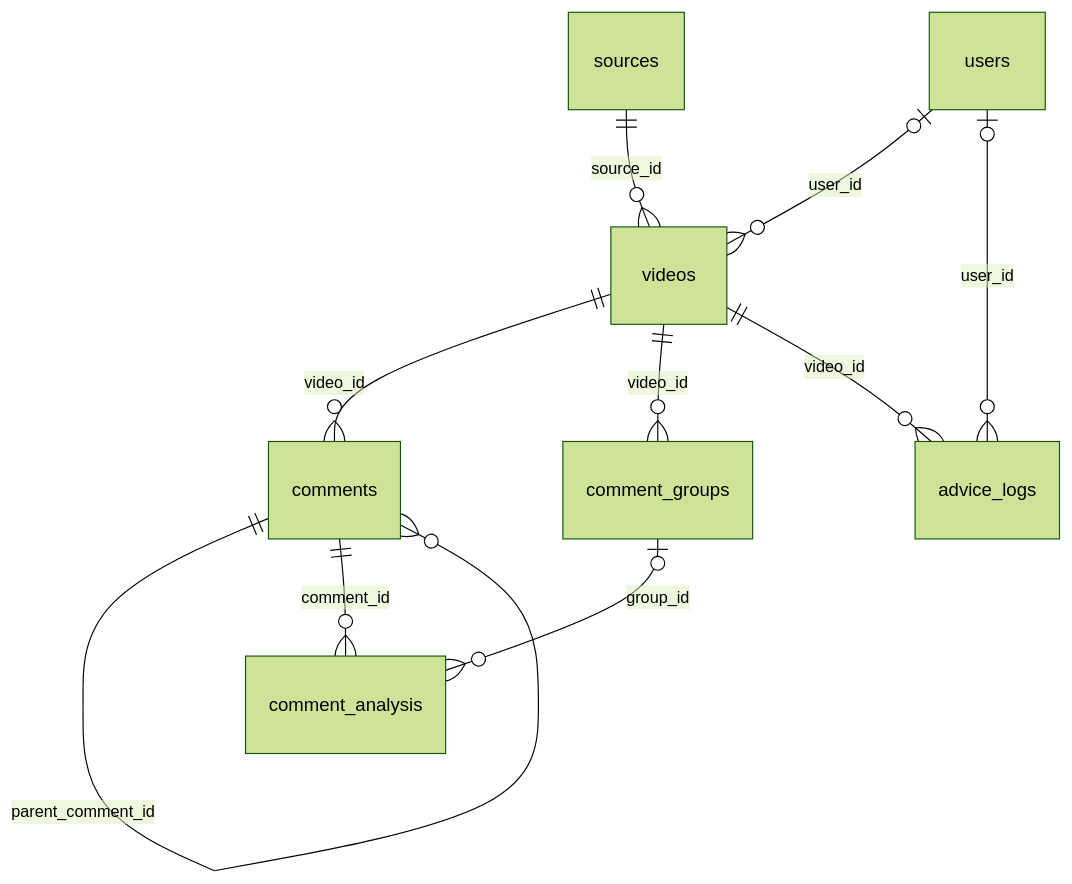
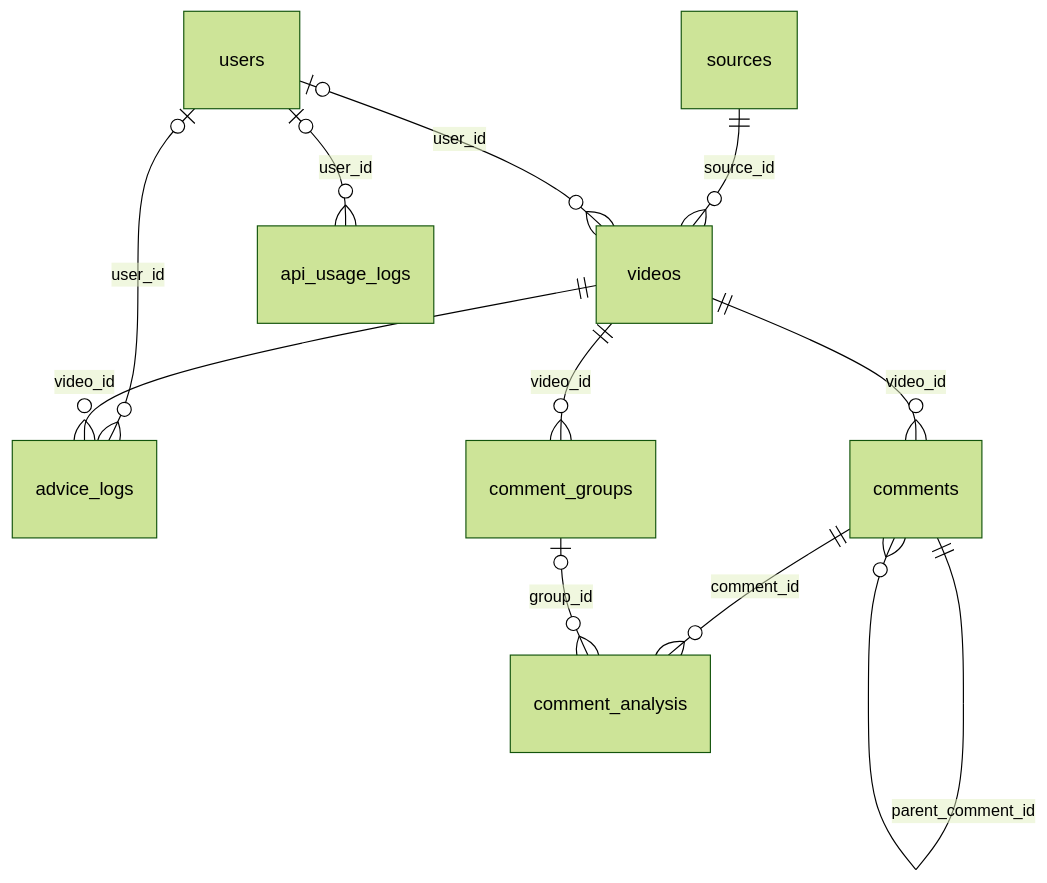
One commit to tomichans/comment-guard-jp changed the diagram in docs/requirements.md. Above: the diagram before and after it, drawn with Mermaid (forest theme). The commit also changed other lines of this file and 1 other file, not shown here.

````diff
--- a/docs/requirements.md
+++ b/docs/requirements.md
@@ -646,12 +681,13 @@
 ```mermaid
 erDiagram
     sources ||--o{ videos : "source_id"
     users o|--o{ videos : "user_id"
     users o|--o{ advice_logs : "user_id"
     videos ||--o{ comments : "video_id"
     videos ||--o{ comment_groups : "video_id"
     videos ||--o{ advice_logs : "video_id"
     comments ||--o{ comments : "parent_comment_id"
     comments ||--o{ comment_analysis : "comment_id"
     comment_groups |o--o{ comment_analysis : "group_id"
+    users o|--o{ api_usage_logs : "user_id"
 ```
````
